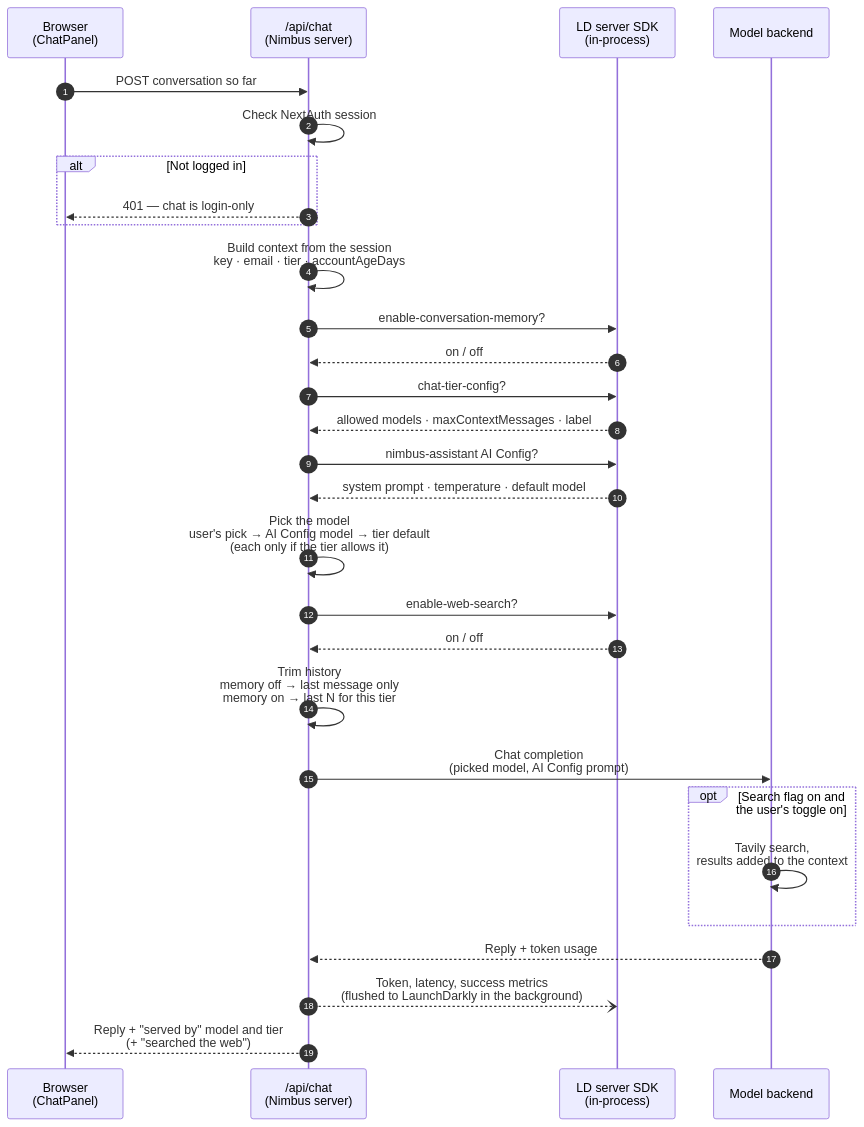
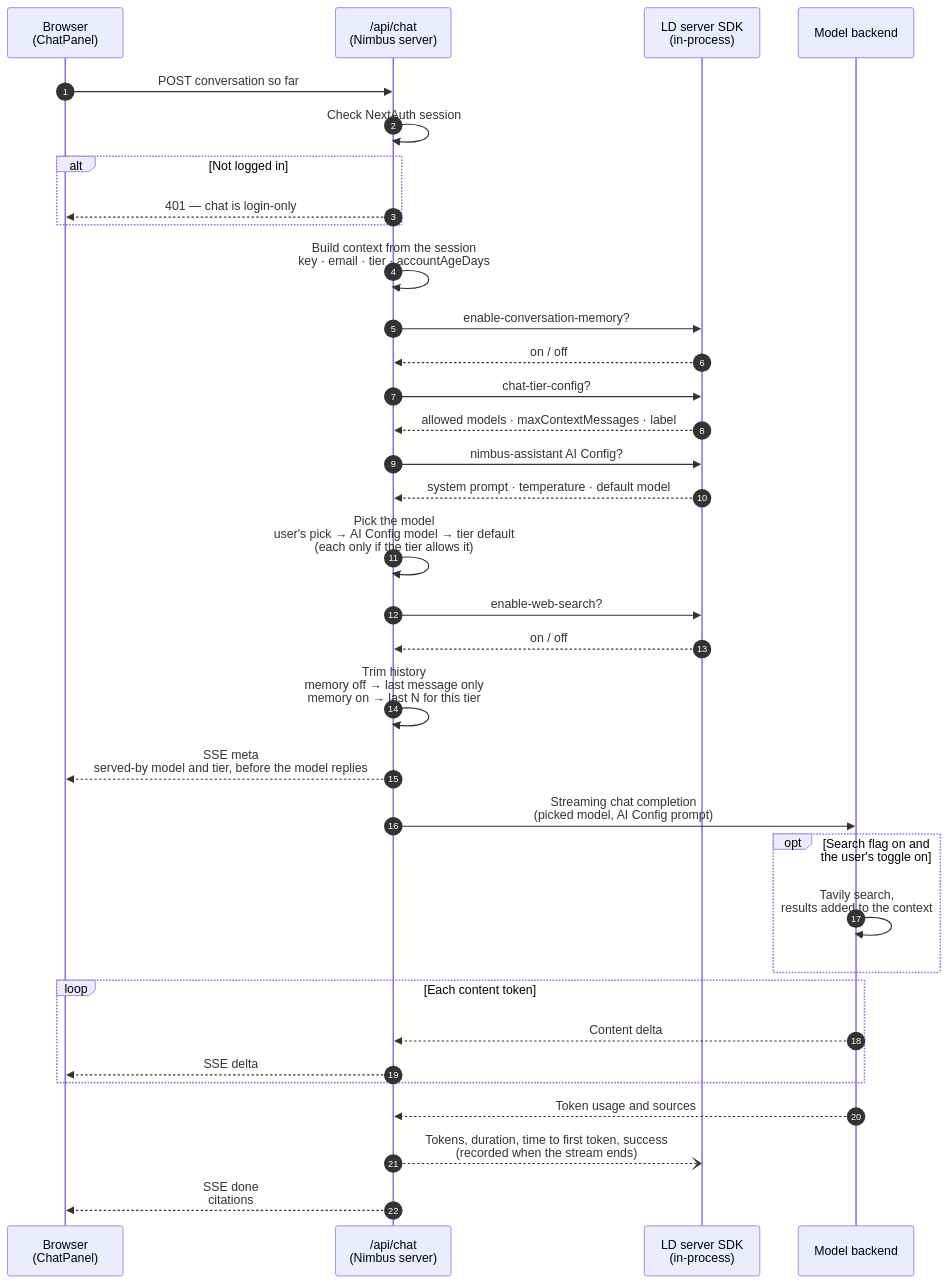
One commit to hiddenintel-rc/nimbus-ai-sample changed the third of 5 diagrams in docs/ARCHITECTURE.md. Above: the diagram before and after it, drawn with Mermaid. The commit also changed other lines of this file and 4 other files, not shown here.

Commit message:
Stream chat replies and show generated tokens against each model's context window.

````diff
--- a/docs/ARCHITECTURE.md
+++ b/docs/ARCHITECTURE.md
@@ -122,35 +122,40 @@
 ```mermaid
 sequenceDiagram
     accTitle: Chat request flow
-    accDescr: The browser posts the conversation to /api/chat. The route checks the session, builds a LaunchDarkly context from it, evaluates the memory flag, the tier flag, the AI Config and the web search flag locally, trims the history, calls the model backend (which runs a web search only when the flag is on and the user's toggle asked for it), reports AI metrics to LaunchDarkly in the background, and returns the reply with a served-by caption.
+    accDescr: The browser posts the conversation to /api/chat. The route checks the session, builds a LaunchDarkly context from it, evaluates the memory flag, the tier flag, the AI Config and the web search flag locally, trims the history, and opens a server-sent event stream. It sends the served-by caption before the model answers, then forwards each token. When the stream ends it records AI metrics and sends citations.
     autonumber
 
     participant B as Browser<br/>(ChatPanel)
     participant R as /api/chat<br/>(Nimbus server)
     participant SDK as LD server SDK<br/>(in-process)
     participant M as Model backend
 
     B->>R: POST conversation so far
     R->>R: Check NextAuth session
     alt Not logged in
         R-->>B: 401 — chat is login-only
     end
     R->>R: Build context from the session<br/>key · email · tier · accountAgeDays
     R->>SDK: enable-conversation-memory?
     SDK-->>R: on / off
     R->>SDK: chat-tier-config?
     SDK-->>R: allowed models · maxContextMessages · label
     R->>SDK: nimbus-assistant AI Config?
     SDK-->>R: system prompt · temperature · default model
     R->>R: Pick the model<br/>user's pick → AI Config model → tier default<br/>(each only if the tier allows it)
     R->>SDK: enable-web-search?
     SDK-->>R: on / off
     R->>R: Trim history<br/>memory off → last message only<br/>memory on → last N for this tier
-    R->>M: Chat completion<br/>(picked model, AI Config prompt)
+    R-->>B: SSE meta<br/>served-by model and tier, before the model replies
+    R->>M: Streaming chat completion<br/>(picked model, AI Config prompt)
     opt Search flag on and the user's toggle on
         M->>M: Tavily search,<br/>results added to the context
     end
-    M-->>R: Reply + token usage
-    R--)SDK: Token, latency, success metrics<br/>(flushed to LaunchDarkly in the background)
-    R-->>B: Reply + "served by" model and tier<br/>(+ "searched the web")
+    loop Each content token
+        M-->>R: Content delta
+        R-->>B: SSE delta
+    end
+    M-->>R: Token usage and sources
+    R--)SDK: Tokens, duration, time to first token, success<br/>(recorded when the stream ends)
+    R-->>B: SSE done<br/>citations
 ```
````
